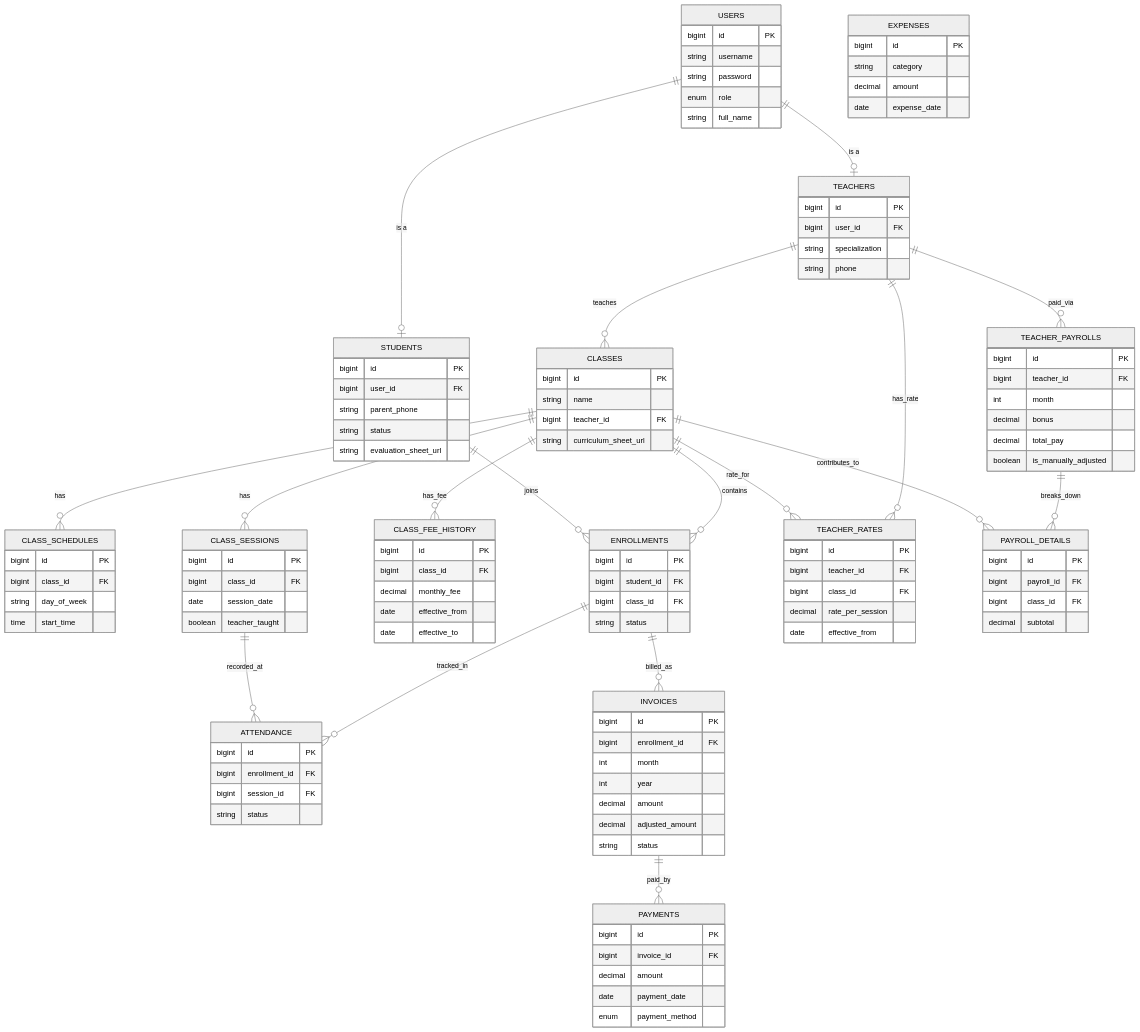
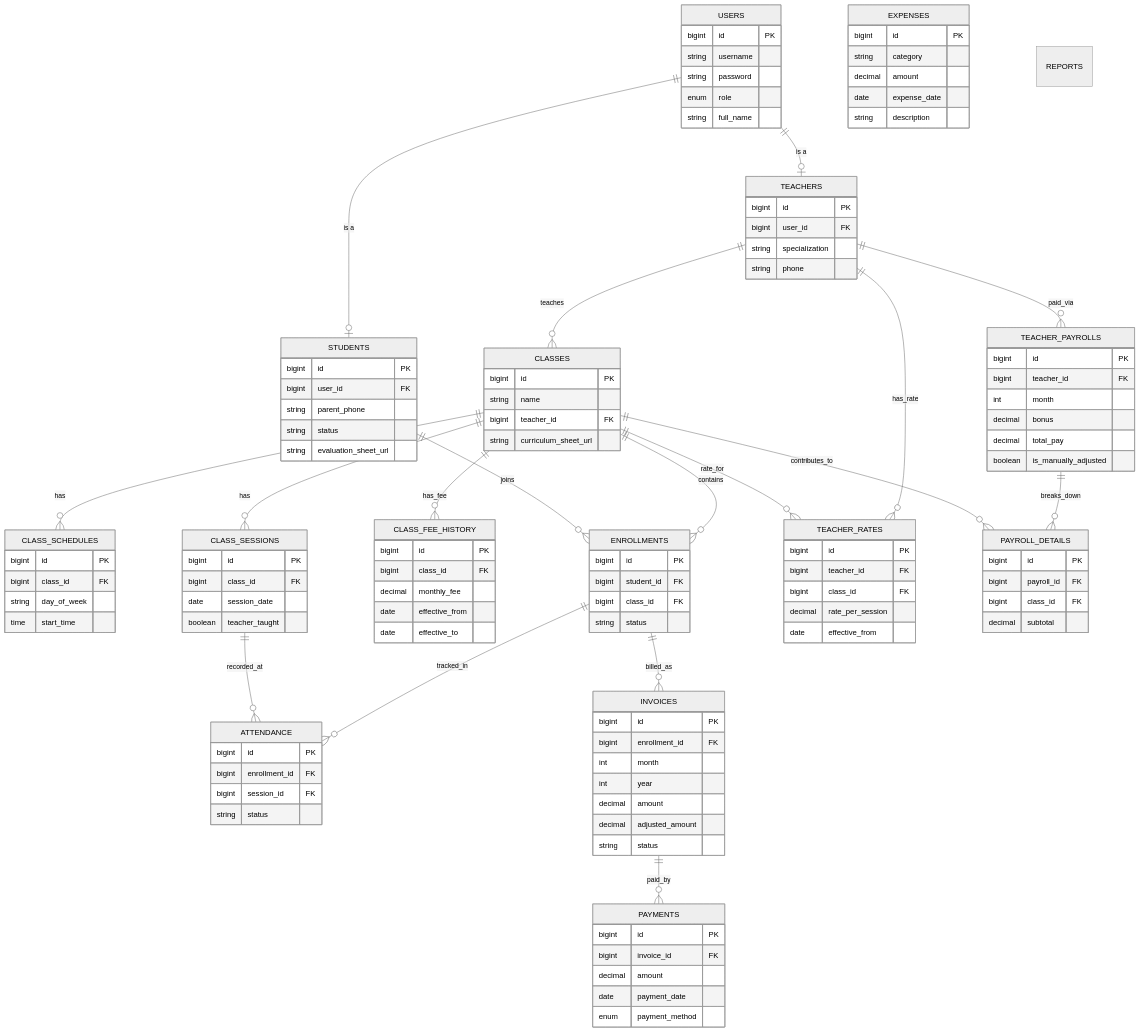
Before and after one commit to ngsang149dev/english-center-project: the diagram in backend/structure.mmd, drawn with Mermaid (neutral theme). The commit also changed 8 other files, not shown here.

```diff
--- a/backend/structure.mmd
+++ b/backend/structure.mmd
@@ -1,119 +1,124 @@
 erDiagram
   USERS ||--o| TEACHERS : "is a"
   USERS ||--o| STUDENTS : "is a"
   TEACHERS ||--o{ CLASSES : teaches
   CLASSES ||--o{ CLASS_SCHEDULES : has
   CLASSES ||--o{ CLASS_SESSIONS : has
   CLASSES ||--o{ CLASS_FEE_HISTORY : has_fee
   CLASSES ||--o{ ENROLLMENTS : contains
   STUDENTS ||--o{ ENROLLMENTS : joins
   ENROLLMENTS ||--o{ ATTENDANCE : tracked_in
   CLASS_SESSIONS ||--o{ ATTENDANCE : recorded_at
   ENROLLMENTS ||--o{ INVOICES : billed_as
   INVOICES ||--o{ PAYMENTS : paid_by
   TEACHERS ||--o{ TEACHER_RATES : has_rate
   CLASSES ||--o{ TEACHER_RATES : rate_for
   TEACHERS ||--o{ TEACHER_PAYROLLS : paid_via
   TEACHER_PAYROLLS ||--o{ PAYROLL_DETAILS : breaks_down
   CLASSES ||--o{ PAYROLL_DETAILS : contributes_to
 
   USERS {
     bigint id PK
     string username
     string password
     enum role
     string full_name
   }
   TEACHERS {
     bigint id PK
     bigint user_id FK
     string specialization
     string phone
   }
   STUDENTS {
     bigint id PK
     bigint user_id FK
     string parent_phone
     string status
     string evaluation_sheet_url
   }
   CLASSES {
     bigint id PK
     string name
     bigint teacher_id FK
     string curriculum_sheet_url
   }
   CLASS_FEE_HISTORY {
     bigint id PK
     bigint class_id FK
     decimal monthly_fee
     date effective_from
     date effective_to
   }
   CLASS_SCHEDULES {
     bigint id PK
     bigint class_id FK
     string day_of_week
     time start_time
   }
   CLASS_SESSIONS {
     bigint id PK
     bigint class_id FK
     date session_date
     boolean teacher_taught
   }
   ENROLLMENTS {
     bigint id PK
     bigint student_id FK
     bigint class_id FK
     string status
   }
   ATTENDANCE {
     bigint id PK
     bigint enrollment_id FK
     bigint session_id FK
     string status
   }
   INVOICES {
     bigint id PK
     bigint enrollment_id FK
     int month
     int year
     decimal amount
     decimal adjusted_amount
     string status
   }
   PAYMENTS {
     bigint id PK
     bigint invoice_id FK
     decimal amount
     date payment_date
     enum payment_method
   }
   TEACHER_RATES {
     bigint id PK
     bigint teacher_id FK
     bigint class_id FK
     decimal rate_per_session
     date effective_from
   }
   TEACHER_PAYROLLS {
     bigint id PK
     bigint teacher_id FK
     int month
     decimal bonus
     decimal total_pay
     boolean is_manually_adjusted
   }
   PAYROLL_DETAILS {
     bigint id PK
     bigint payroll_id FK
     bigint class_id FK
     decimal subtotal
   }
   EXPENSES {
     bigint id PK
     string category
     decimal amount
     date expense_date
+    string description
   }
+
+  REPORTS {
+    
+  }
```
